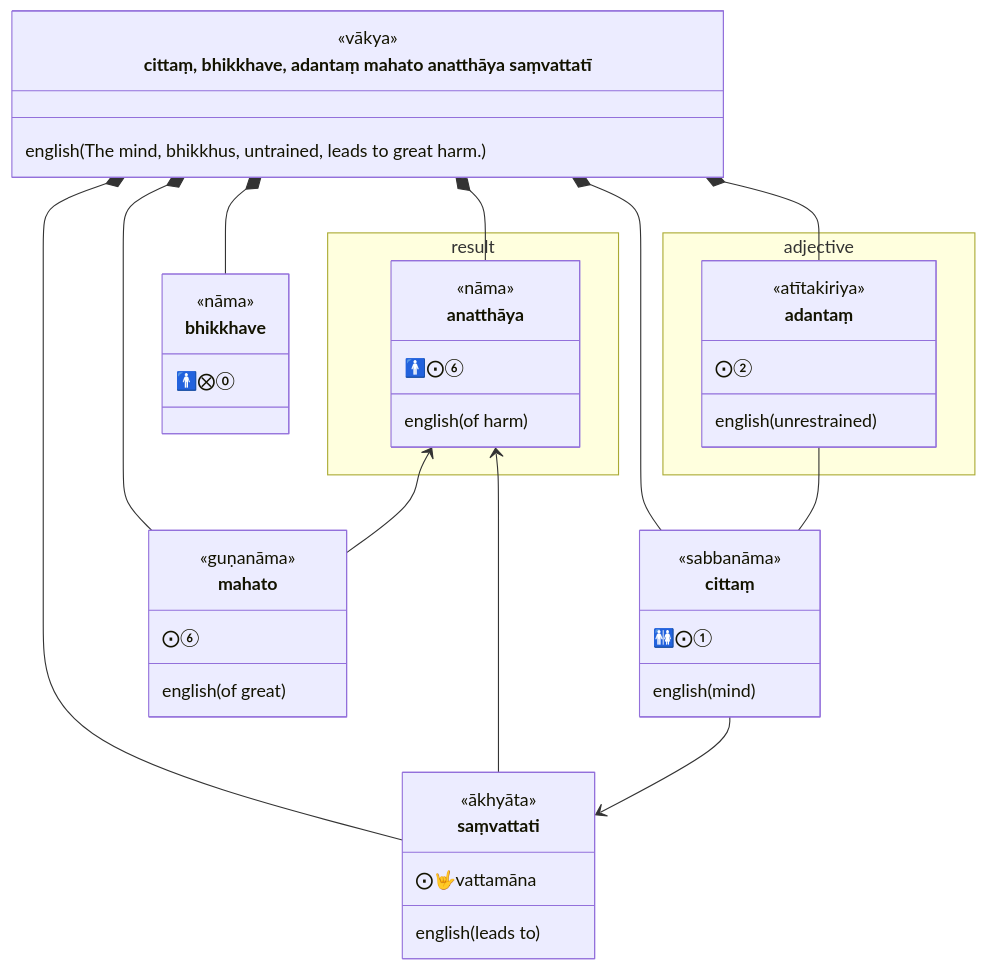
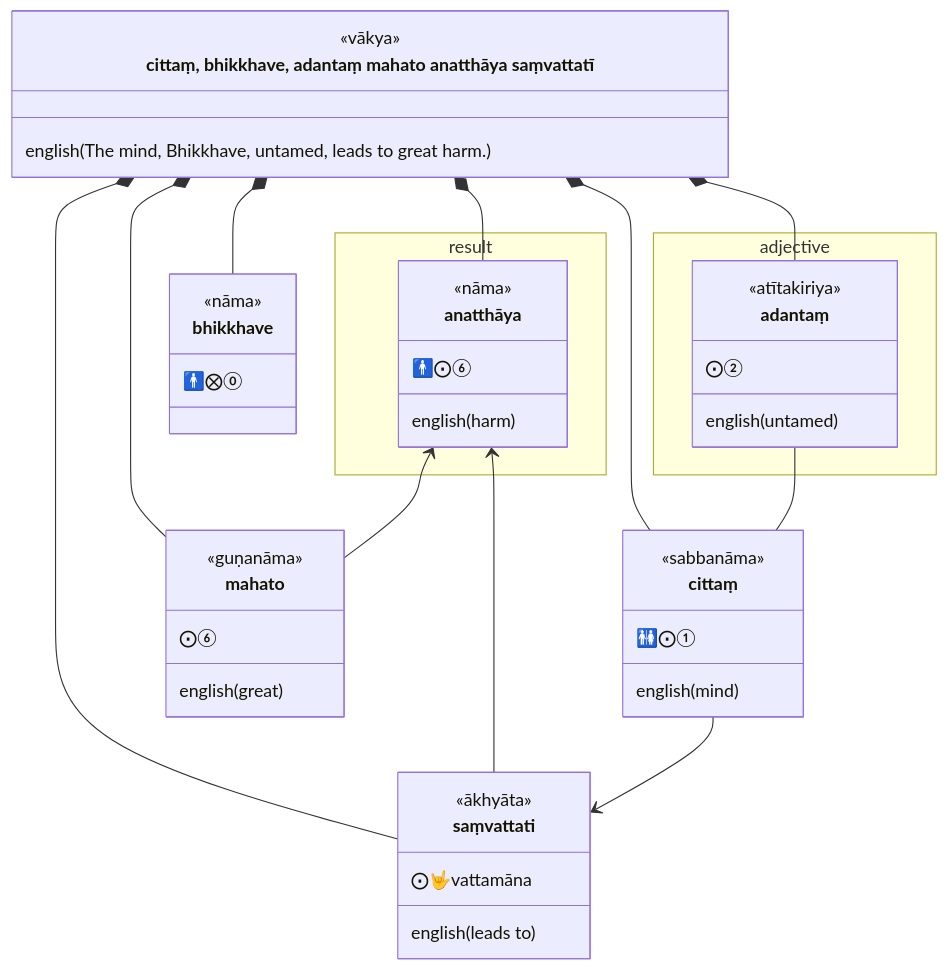
One commit to ChristineTham/buddhavacana changed the second of 5 diagrams in src/content/docs/Sutta/restraining.md. Above: the diagram before and after it, drawn with Mermaid. The commit also changed other lines of this file, not shown here.

````diff
--- a/src/content/docs/Sutta/restraining.md
+++ b/src/content/docs/Sutta/restraining.md
@@ -143,50 +143,50 @@
 ```mermaid
 classDiagram
   class sentence["cittaṃ, bhikkhave, adantaṃ mahato anatthāya saṃvattatī"] {
     <<vākya>>
-    english(The mind, bhikkhus, untrained, leads to great harm.)
+    english(The mind, Bhikkhave, untamed, leads to great harm.)
   }
   class cittaṃ {
     <<sabbanāma>>
     🚻⨀①
     english(mind)
   }
   class bhikkhave {
     <<nāma>>
     🚹⨂⓪
   }
   namespace adjective {
     class adantaṃ {
       <<atītakiriya>>
       ⨀②
-      english(unrestrained)
+      english(untamed)
     }
   }
   class mahato {
     <<guṇanāma>>
      ⨀⑥
-    english(of great)
+    english(great)
   }
   namespace result {
     class anatthāya {
       <<nāma>>
       🚹⨀⑥
-      english(of harm)
+      english(harm)
     }
   }
   class saṃvattati {
     <<ākhyāta>>
     ⨀🤟vattamāna
     english(leads to)
   }
   sentence *-- cittaṃ
   sentence *-- bhikkhave
   sentence *-- adantaṃ
   sentence *-- mahato
   sentence *-- anatthāya
   sentence *-- saṃvattati
   anatthāya <-- mahato
   anatthāya <-- saṃvattati
   adantaṃ -- cittaṃ
   cittaṃ --> saṃvattati
 ```
````
